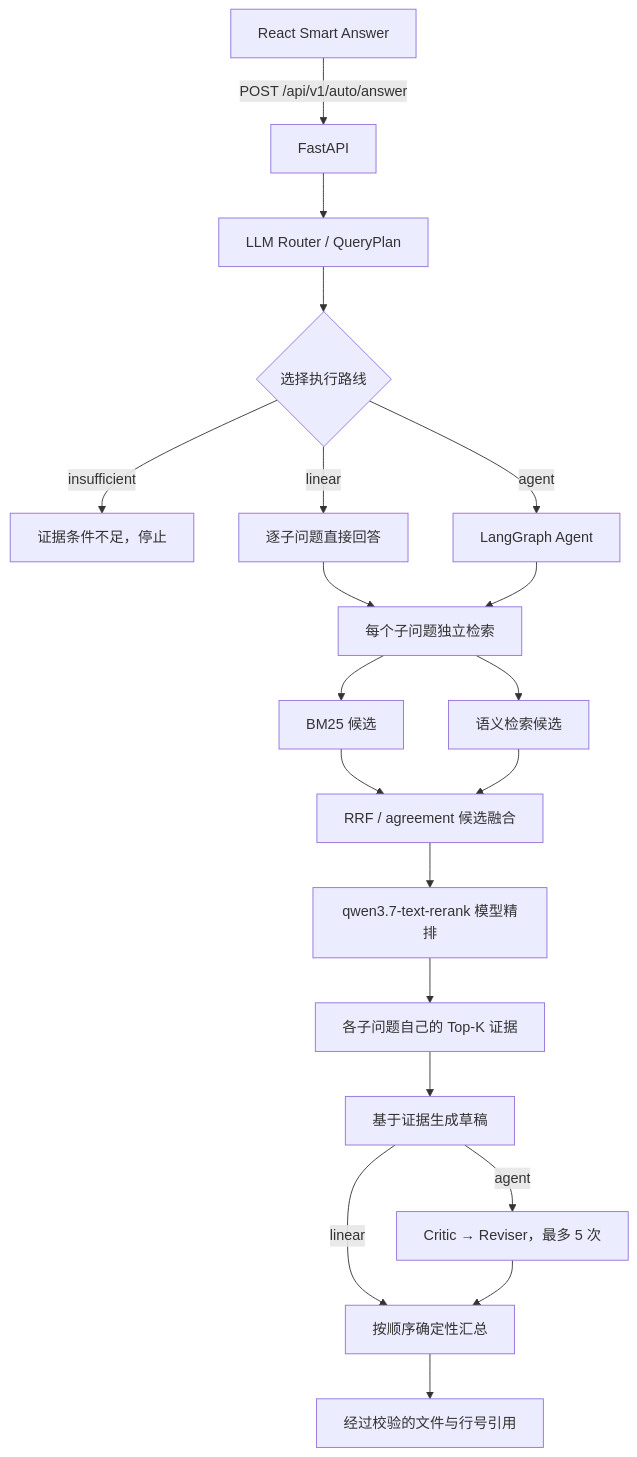
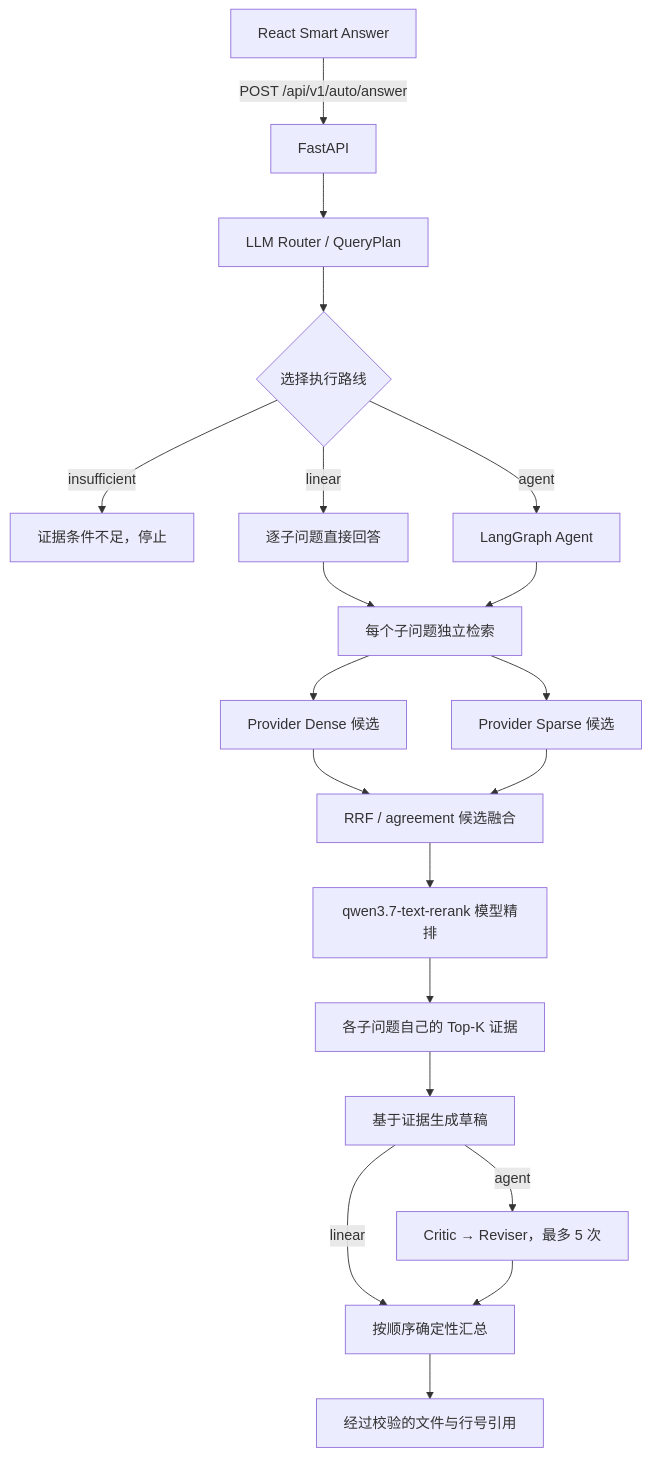
The diagram in README.md (GGBond121211/CodeInsight), drawn with Mermaid before and after one commit. The commit also changed other lines of this file and 73 other files, not shown here.

````diff
--- a/README.md
+++ b/README.md
@@ -53,23 +56,23 @@
 ```mermaid
 flowchart TD
     UI["React Smart Answer"] -->|"POST /api/v1/auto/answer"| API["FastAPI"]
     API --> ROUTER["LLM Router / QueryPlan"]
     ROUTER --> ROUTE{"选择执行路线"}
     ROUTE -->|"insufficient"| STOP["证据条件不足，停止"]
     ROUTE -->|"linear"| LINEAR["逐子问题直接回答"]
     ROUTE -->|"agent"| AGENT["LangGraph Agent"]
 
     LINEAR --> RETRIEVE["每个子问题独立检索"]
     AGENT --> RETRIEVE
-    RETRIEVE --> BM25["BM25 候选"]
-    RETRIEVE --> SEM["语义检索候选"]
-    BM25 --> RRF["RRF / agreement 候选融合"]
-    SEM --> RRF
+    RETRIEVE --> DENSE["Provider Dense 候选"]
+    RETRIEVE --> SPARSE["Provider Sparse 候选"]
+    DENSE --> RRF["RRF / agreement 候选融合"]
+    SPARSE --> RRF
     RRF --> RERANK["qwen3.7-text-rerank 模型精排"]
     RERANK --> EVIDENCE["各子问题自己的 Top-K 证据"]
     EVIDENCE --> DRAFT["基于证据生成草稿"]
     DRAFT -->|"linear"| MERGE["按顺序确定性汇总"]
     DRAFT -->|"agent"| CRITIC["Critic → Reviser，最多 5 次"]
     CRITIC --> MERGE
     MERGE --> CITATIONS["经过校验的文件与行号引用"]
 ```
````
